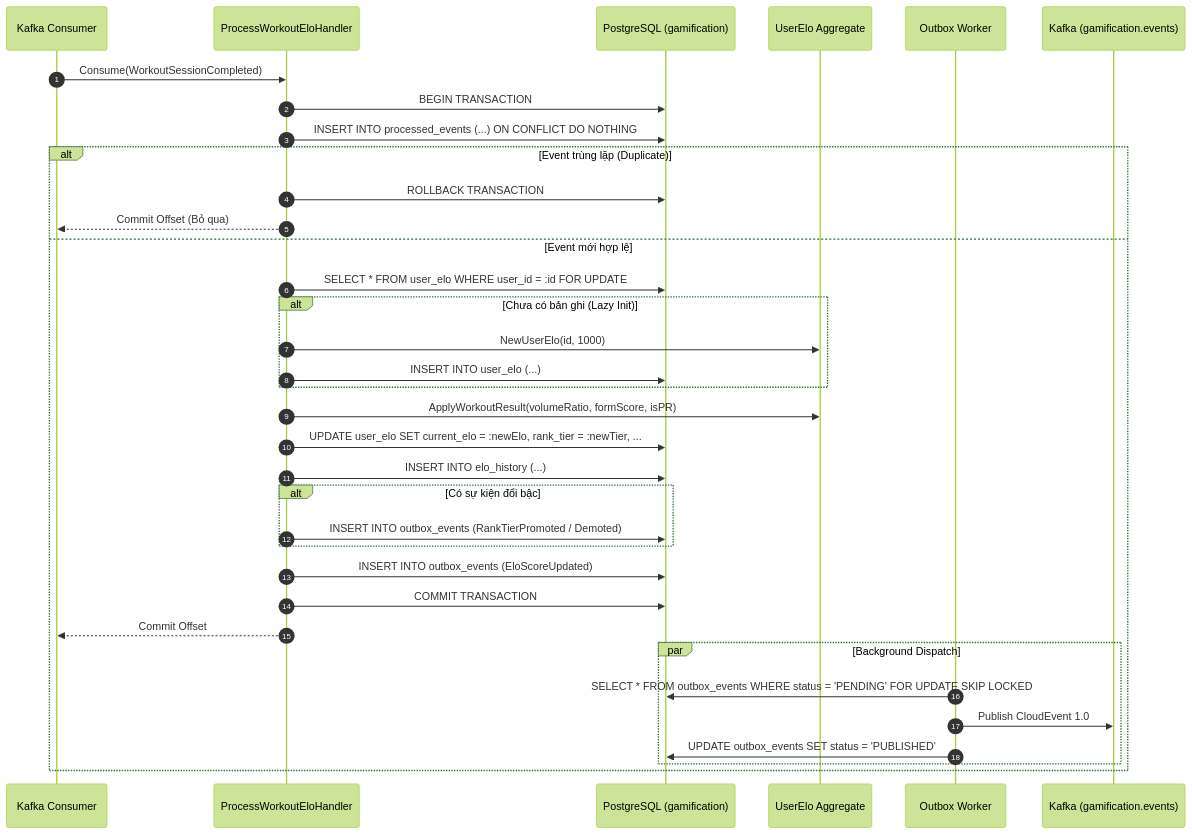
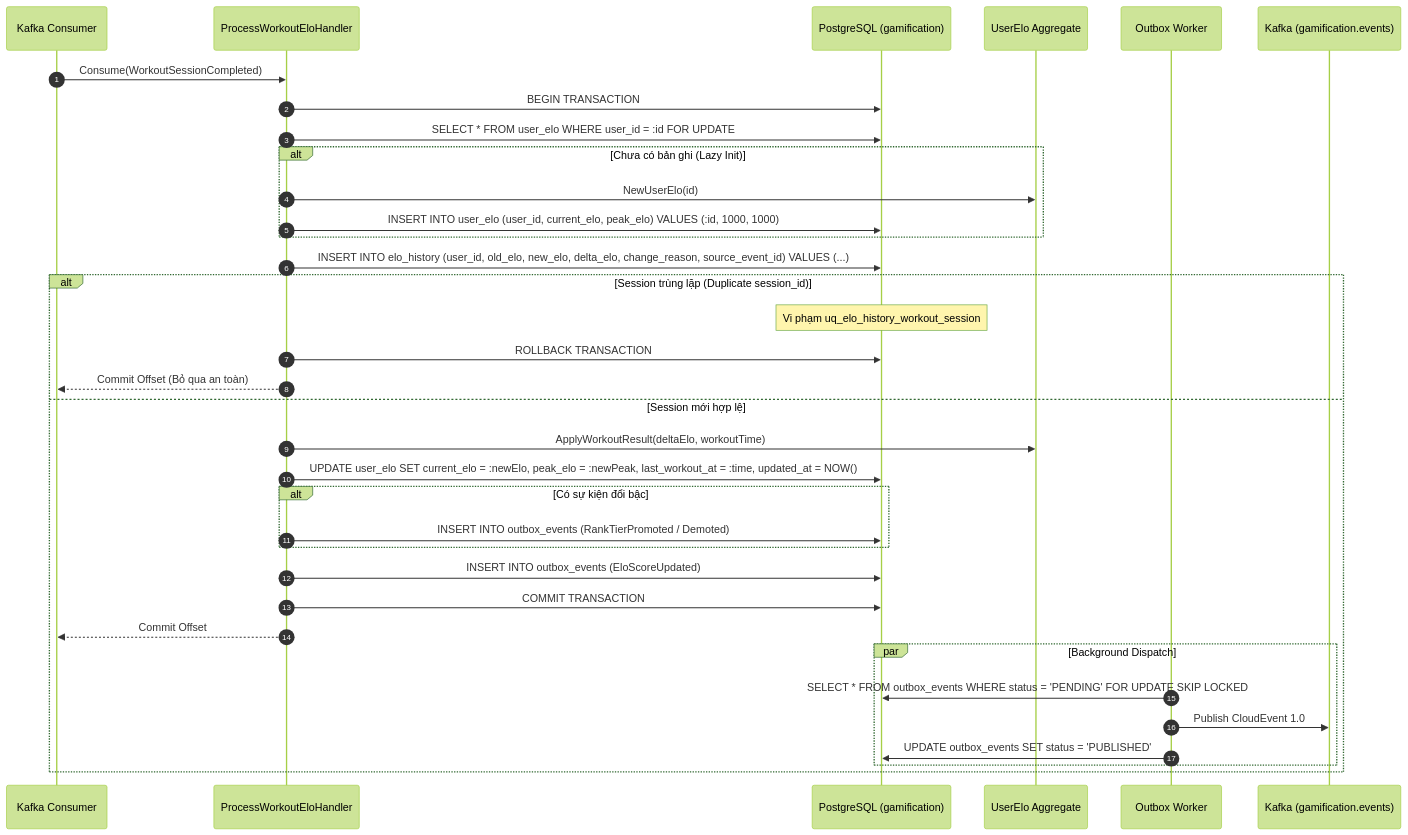
One commit to viethung213/gym-companion changed the fourth of 7 diagrams in internal/gamification/docs/features/elo-and-rank-tiers/02-design.md. Above: the diagram before and after it, drawn with Mermaid (forest theme). The commit also changed other lines of this file and 7 other files, not shown here.

First line of the commit message:
📝 docs(gamification): prune redundant schema and synchronize elo spec

````diff
--- a/internal/gamification/docs/features/elo-and-rank-tiers/02-design.md
+++ b/internal/gamification/docs/features/elo-and-rank-tiers/02-design.md
@@ -241,38 +225,38 @@
 ```mermaid
 sequenceDiagram
     autonumber
     participant K as Kafka Consumer
     participant App as ProcessWorkoutEloHandler
     participant DB as PostgreSQL (gamification)
     participant Domain as UserElo Aggregate
     participant OW as Outbox Worker
     participant EventBus as Kafka (gamification.events)
 
     K->>App: Consume(WorkoutSessionCompleted)
     App->>DB: BEGIN TRANSACTION
-    App->>DB: INSERT INTO processed_events (...) ON CONFLICT DO NOTHING
-    alt Event trùng lặp (Duplicate)
+    App->>DB: SELECT * FROM user_elo WHERE user_id = :id FOR UPDATE
+    alt Chưa có bản ghi (Lazy Init)
+        App->>Domain: NewUserElo(id)
+        App->>DB: INSERT INTO user_elo (user_id, current_elo, peak_elo) VALUES (:id, 1000, 1000)
+    end
+    App->>DB: INSERT INTO elo_history (user_id, old_elo, new_elo, delta_elo, change_reason, source_event_id) VALUES (...)
+    alt Session trùng lặp (Duplicate session_id)
+        Note over DB: Vi phạm uq_elo_history_workout_session
         App->>DB: ROLLBACK TRANSACTION
-        App-->>K: Commit Offset (Bỏ qua)
-    else Event mới hợp lệ
-        App->>DB: SELECT * FROM user_elo WHERE user_id = :id FOR UPDATE
-        alt Chưa có bản ghi (Lazy Init)
-            App->>Domain: NewUserElo(id, 1000)
-            App->>DB: INSERT INTO user_elo (...)
-        end
-        App->>Domain: ApplyWorkoutResult(volumeRatio, formScore, isPR)
-        App->>DB: UPDATE user_elo SET current_elo = :newElo, rank_tier = :newTier, ...
-        App->>DB: INSERT INTO elo_history (...)
+        App-->>K: Commit Offset (Bỏ qua an toàn)
+    else Session mới hợp lệ
+        App->>Domain: ApplyWorkoutResult(deltaElo, workoutTime)
+        App->>DB: UPDATE user_elo SET current_elo = :newElo, peak_elo = :newPeak, last_workout_at = :time, updated_at = NOW()
         alt Có sự kiện đổi bậc
             App->>DB: INSERT INTO outbox_events (RankTierPromoted / Demoted)
         end
         App->>DB: INSERT INTO outbox_events (EloScoreUpdated)
         App->>DB: COMMIT TRANSACTION
         App-->>K: Commit Offset
         par Background Dispatch
             OW->>DB: SELECT * FROM outbox_events WHERE status = 'PENDING' FOR UPDATE SKIP LOCKED
             OW->>EventBus: Publish CloudEvent 1.0
             OW->>DB: UPDATE outbox_events SET status = 'PUBLISHED'
         end
     end
 ```
````
